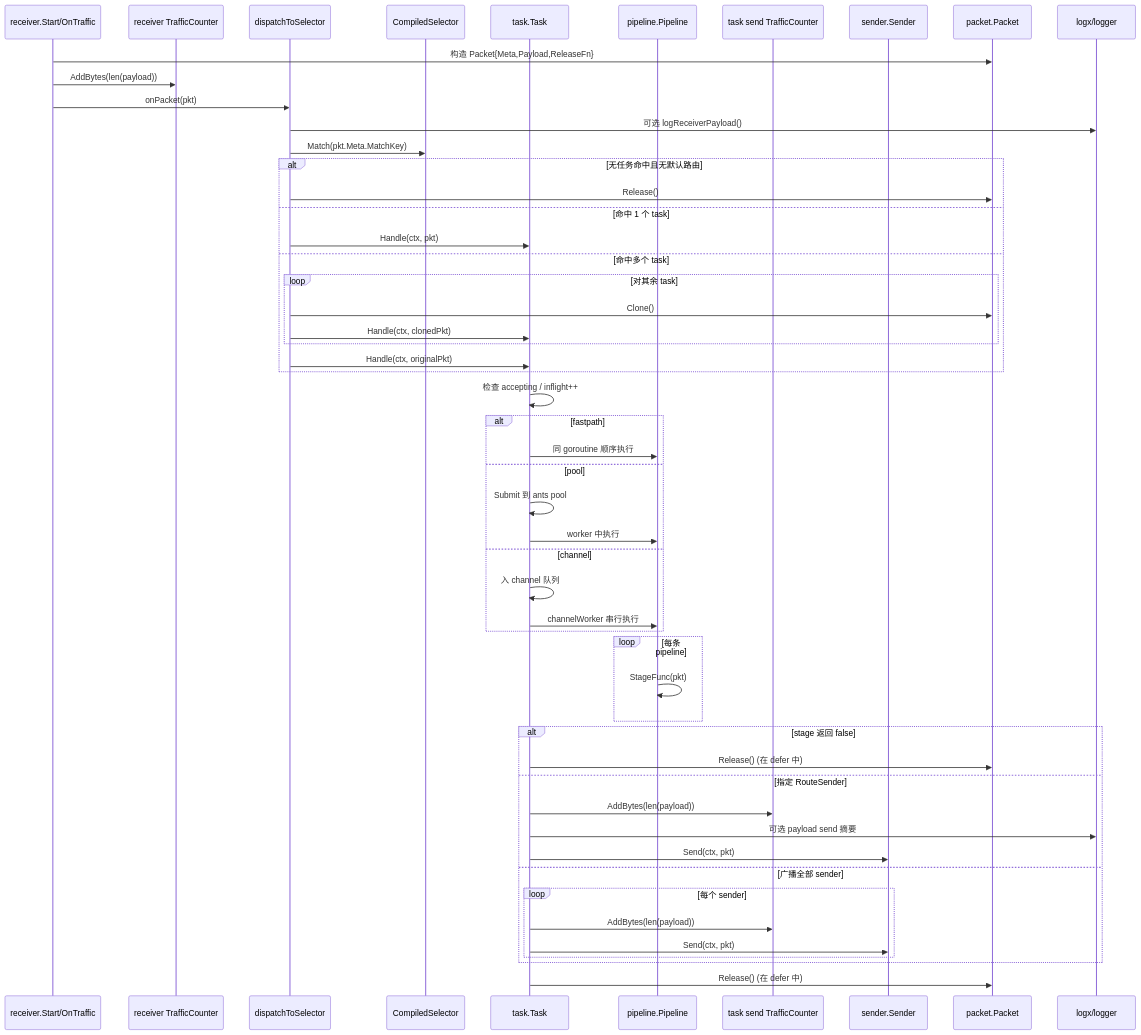
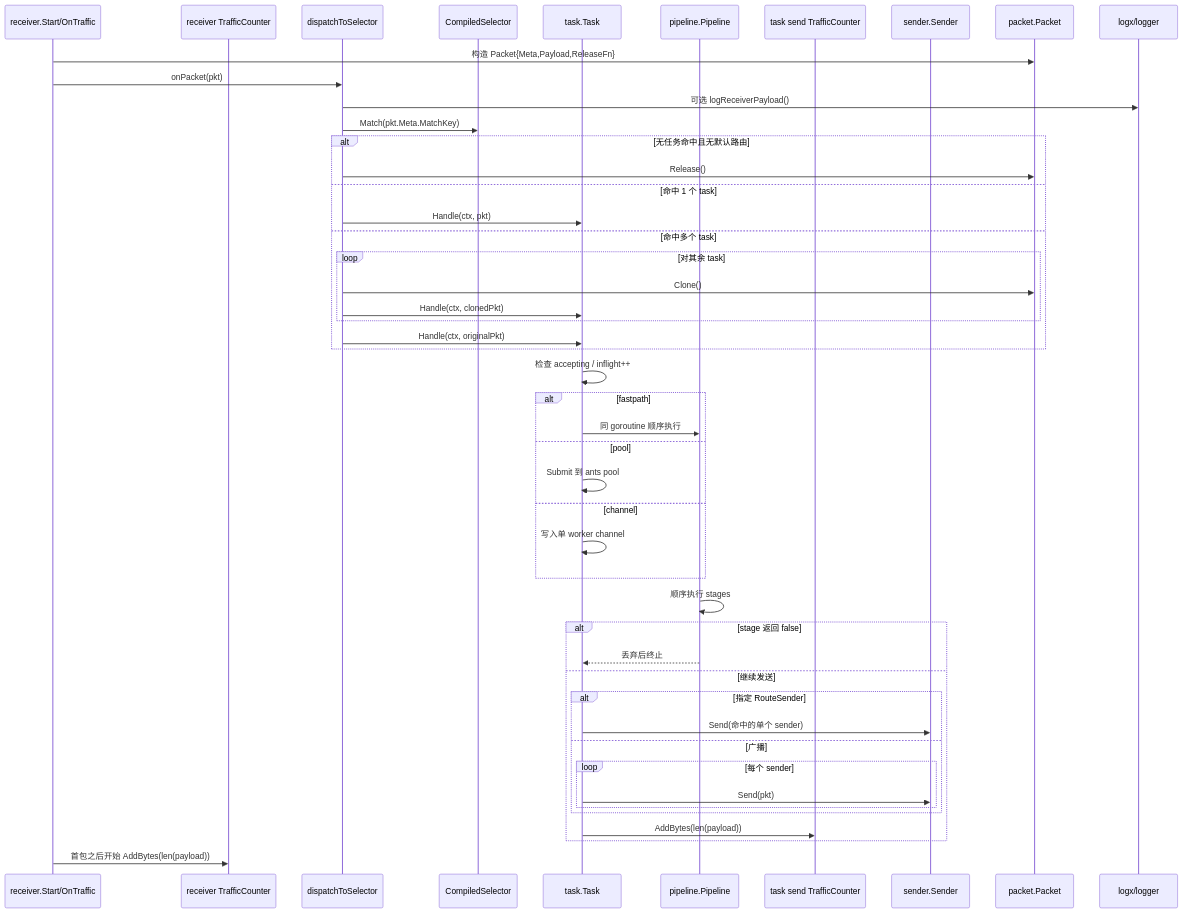
The second of 4 diagrams in docs/runtime-sequence-and-flow.md (oublie6/forward-stub), drawn with Mermaid before and after one commit. The commit also changed other lines of this file and 9 other files, not shown here.

Commit message:
docs: add operations manual and shutdown sequence

````diff
--- a/docs/runtime-sequence-and-flow.md
+++ b/docs/runtime-sequence-and-flow.md
@@ -226,58 +155,53 @@
 ```mermaid
 sequenceDiagram
     participant recv as receiver.Start/OnTraffic
     participant counterR as receiver TrafficCounter
     participant dispatch as dispatchToSelector
     participant selector as CompiledSelector
     participant task as task.Task
     participant pipe as pipeline.Pipeline
     participant counterT as task send TrafficCounter
     participant sender as sender.Sender
     participant packet as packet.Packet
     participant logger as logx/logger
 
     recv->>packet: 构造 Packet{Meta,Payload,ReleaseFn}
-    recv->>counterR: AddBytes(len(payload))
     recv->>dispatch: onPacket(pkt)
     dispatch->>logger: 可选 logReceiverPayload()
     dispatch->>selector: Match(pkt.Meta.MatchKey)
     alt 无任务命中且无默认路由
         dispatch->>packet: Release()
     else 命中 1 个 task
         dispatch->>task: Handle(ctx, pkt)
     else 命中多个 task
         loop 对其余 task
             dispatch->>packet: Clone()
             dispatch->>task: Handle(ctx, clonedPkt)
         end
         dispatch->>task: Handle(ctx, originalPkt)
     end
 
     task->>task: 检查 accepting / inflight++
     alt fastpath
         task->>pipe: 同 goroutine 顺序执行
     else pool
         task->>task: Submit 到 ants pool
-        task->>pipe: worker 中执行
     else channel
-        task->>task: 入 channel 队列
-        task->>pipe: channelWorker 串行执行
+        task->>task: 写入单 worker channel
     end
 
-    loop 每条 pipeline
-        pipe->>pipe: StageFunc(pkt)
+    pipe->>pipe: 顺序执行 stages
+    alt stage 返回 false
+        pipe-->>task: 丢弃后终止
+    else 继续发送
+        alt 指定 RouteSender
+            task->>sender: Send(命中的单个 sender)
+        else 广播
+            loop 每个 sender
+                task->>sender: Send(pkt)
+            end
+        end
+        task->>counterT: AddBytes(len(payload))
     end
-    alt stage 返回 false
-        task->>packet: Release() (在 defer 中)
-    else 指定 RouteSender
-        task->>counterT: AddBytes(len(payload))
-        task->>logger: 可选 payload send 摘要
-        task->>sender: Send(ctx, pkt)
-    else 广播全部 sender
-        loop 每个 sender
-            task->>counterT: AddBytes(len(payload))
-            task->>sender: Send(ctx, pkt)
-        end
-    end
-    task->>packet: Release() (在 defer 中)
+    recv->>counterR: 首包之后开始 AddBytes(len(payload))
 ```
````
